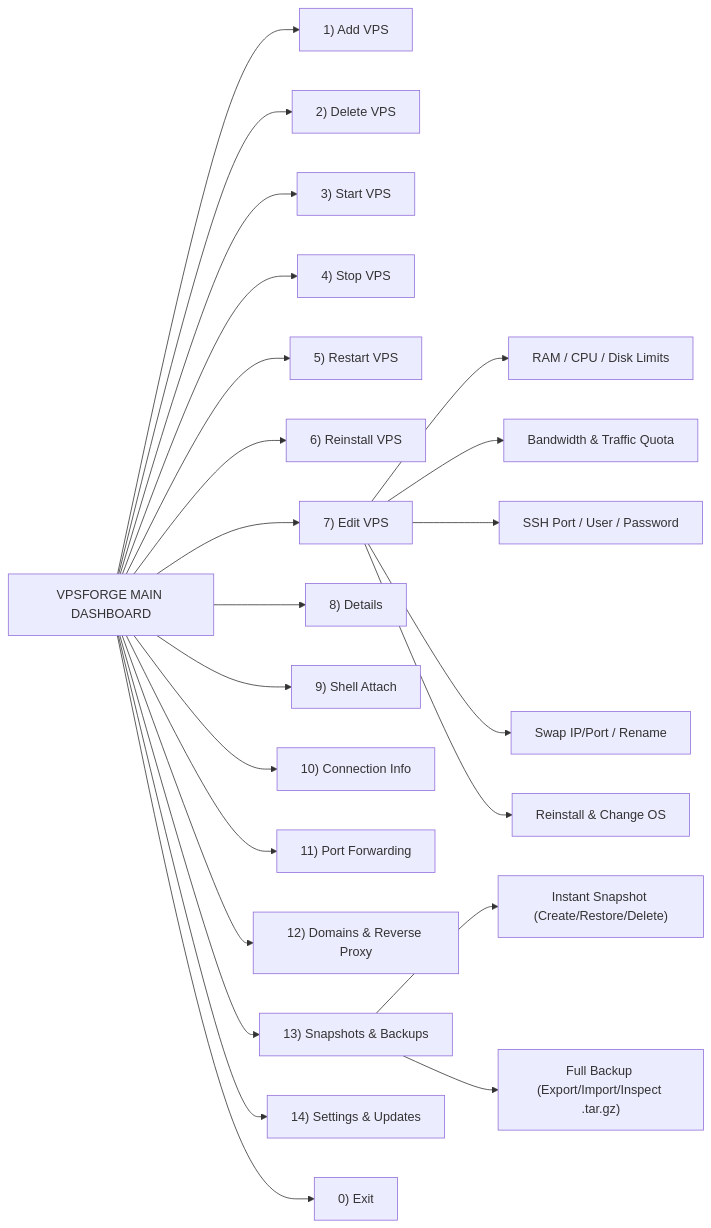
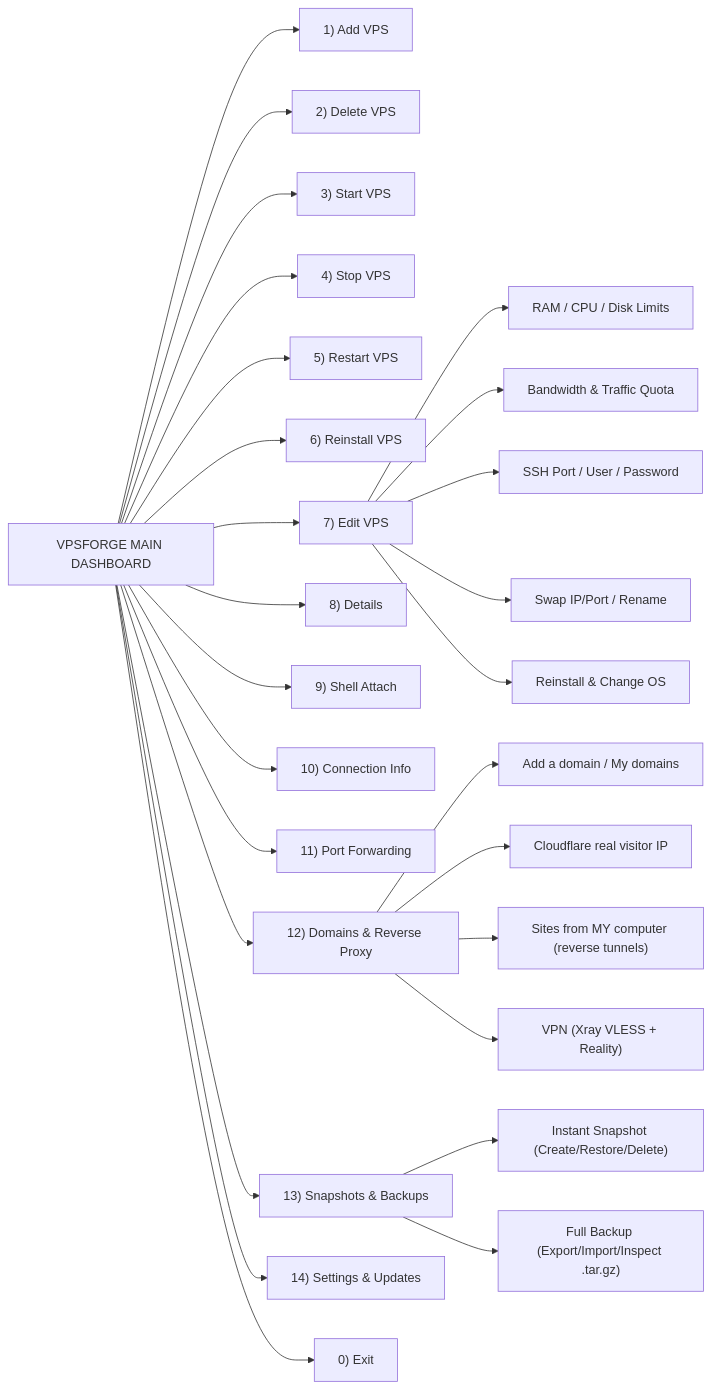
Before and after one commit to ahmadElsharawy/VPSForge: the fourth of 19 diagrams in README.md, drawn with Mermaid. The commit also changed other lines of this file and 1 other file, not shown here.

````diff
--- a/README.md
+++ b/README.md
@@ -206,27 +213,32 @@
 ```mermaid
 graph LR
     Main["VPSFORGE MAIN DASHBOARD"] --> M1["1) Add VPS"]
     Main --> M2["2) Delete VPS"]
     Main --> M3["3) Start VPS"]
     Main --> M4["4) Stop VPS"]
     Main --> M5["5) Restart VPS"]
     Main --> M6["6) Reinstall VPS"]
     Main --> M7["7) Edit VPS"]
     Main --> M8["8) Details"]
     Main --> M9["9) Shell Attach"]
     Main --> M10["10) Connection Info"]
     Main --> M11["11) Port Forwarding"]
     Main --> M12["12) Domains & Reverse Proxy"]
     Main --> M13["13) Snapshots & Backups"]
     Main --> M14["14) Settings & Updates"]
     Main --> M15["0) Exit"]
 
+    M12 --> D1["Add a domain / My domains"]
+    M12 --> D2["Cloudflare real visitor IP"]
+    M12 --> D3["Sites from MY computer (reverse tunnels)"]
+    M12 --> D4["VPN (Xray VLESS + Reality)"]
+
     M7 --> E1["RAM / CPU / Disk Limits"]
     M7 --> E2["Bandwidth & Traffic Quota"]
     M7 --> E3["SSH Port / User / Password"]
     M7 --> E4["Swap IP/Port / Rename"]
     M7 --> E5["Reinstall & Change OS"]
 
     M13 --> S1["Instant Snapshot (Create/Restore/Delete)"]
     M13 --> S2["Full Backup (Export/Import/Inspect .tar.gz)"]
 ```
````
